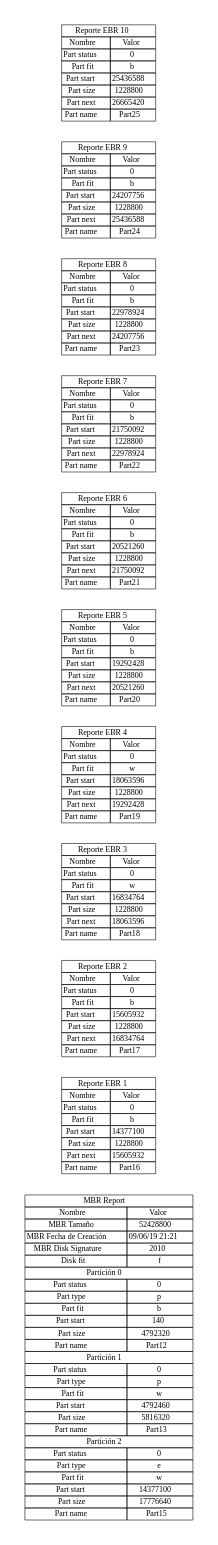
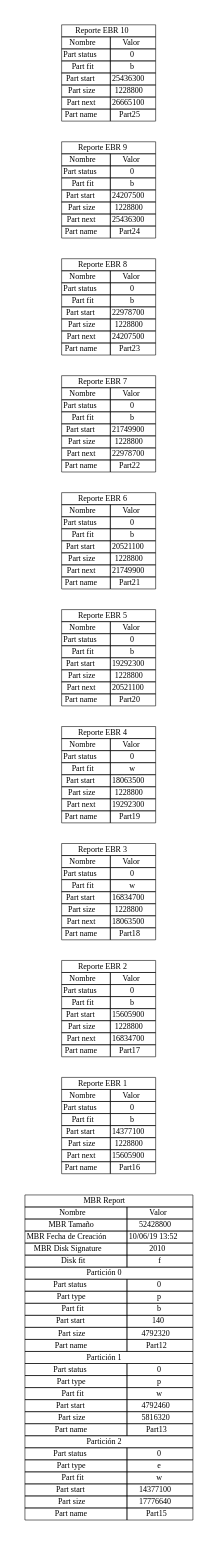
The diagram in mbr_report.dot (MacoChave/DiskParted), drawn with Graphviz before and after one commit. The commit also changed 8 other files, not shown here.

```diff
--- a/mbr_report.dot
+++ b/mbr_report.dot
@@ -17,7 +17,7 @@
 			</tr>
 			<tr>
 				<td>MBR Fecha de Creación</td>
-				<td>09/06/19 21:21</td>
+				<td>10/06/19 13:52</td>
 			</tr>
 			<tr>
 				<td>MBR Disk Signature</td>
@@ -137,7 +137,7 @@
 			</tr>
 			<tr>
 				<td>Part next</td>
-				<td>15605932</td>
+				<td>15605900</td>
 			</tr>
 			<tr>
 				<td>Part name</td>
@@ -164,7 +164,7 @@
 			</tr>
 			<tr>
 				<td>Part start</td>
-				<td>15605932</td>
+				<td>15605900</td>
 			</tr>
 			<tr>
 				<td>Part size</td>
@@ -172,7 +172,7 @@
 			</tr>
 			<tr>
 				<td>Part next</td>
-				<td>16834764</td>
+				<td>16834700</td>
 			</tr>
 			<tr>
 				<td>Part name</td>
@@ -199,7 +199,7 @@
 			</tr>
 			<tr>
 				<td>Part start</td>
-				<td>16834764</td>
+				<td>16834700</td>
 			</tr>
 			<tr>
 				<td>Part size</td>
@@ -207,7 +207,7 @@
 			</tr>
 			<tr>
 				<td>Part next</td>
-				<td>18063596</td>
+				<td>18063500</td>
 			</tr>
 			<tr>
 				<td>Part name</td>
@@ -234,7 +234,7 @@
 			</tr>
 			<tr>
 				<td>Part start</td>
-				<td>18063596</td>
+				<td>18063500</td>
 			</tr>
 			<tr>
 				<td>Part size</td>
@@ -242,7 +242,7 @@
 			</tr>
 			<tr>
 				<td>Part next</td>
-				<td>19292428</td>
+				<td>19292300</td>
 			</tr>
 			<tr>
 				<td>Part name</td>
@@ -269,7 +269,7 @@
 			</tr>
 			<tr>
 				<td>Part start</td>
-				<td>19292428</td>
+				<td>19292300</td>
 			</tr>
 			<tr>
 				<td>Part size</td>
@@ -277,7 +277,7 @@
 			</tr>
 			<tr>
 				<td>Part next</td>
-				<td>20521260</td>
+				<td>20521100</td>
 			</tr>
 			<tr>
 				<td>Part name</td>
@@ -304,7 +304,7 @@
 			</tr>
 			<tr>
 				<td>Part start</td>
-				<td>20521260</td>
+				<td>20521100</td>
 			</tr>
 			<tr>
 				<td>Part size</td>
@@ -312,7 +312,7 @@
 			</tr>
 			<tr>
 				<td>Part next</td>
-				<td>21750092</td>
+				<td>21749900</td>
 			</tr>
 			<tr>
 				<td>Part name</td>
@@ -339,7 +339,7 @@
 			</tr>
 			<tr>
 				<td>Part start</td>
-				<td>21750092</td>
+				<td>21749900</td>
 			</tr>
 			<tr>
 				<td>Part size</td>
@@ -347,7 +347,7 @@
 			</tr>
 			<tr>
 				<td>Part next</td>
-				<td>22978924</td>
+				<td>22978700</td>
 			</tr>
 			<tr>
 				<td>Part name</td>
@@ -374,7 +374,7 @@
 			</tr>
 			<tr>
 				<td>Part start</td>
-				<td>22978924</td>
+				<td>22978700</td>
 			</tr>
 			<tr>
 				<td>Part size</td>
@@ -382,7 +382,7 @@
 			</tr>
 			<tr>
 				<td>Part next</td>
-				<td>24207756</td>
+				<td>24207500</td>
 			</tr>
 			<tr>
 				<td>Part name</td>
@@ -409,7 +409,7 @@
 			</tr>
 			<tr>
 				<td>Part start</td>
-				<td>24207756</td>
+				<td>24207500</td>
 			</tr>
 			<tr>
 				<td>Part size</td>
@@ -417,7 +417,7 @@
 			</tr>
 			<tr>
 				<td>Part next</td>
-				<td>25436588</td>
+				<td>25436300</td>
 			</tr>
 			<tr>
 				<td>Part name</td>
@@ -444,7 +444,7 @@
 			</tr>
 			<tr>
 				<td>Part start</td>
-				<td>25436588</td>
+				<td>25436300</td>
 			</tr>
 			<tr>
 				<td>Part size</td>
@@ -452,7 +452,7 @@
 			</tr>
 			<tr>
 				<td>Part next</td>
-				<td>26665420</td>
+				<td>26665100</td>
 			</tr>
 			<tr>
 				<td>Part name</td>
```
